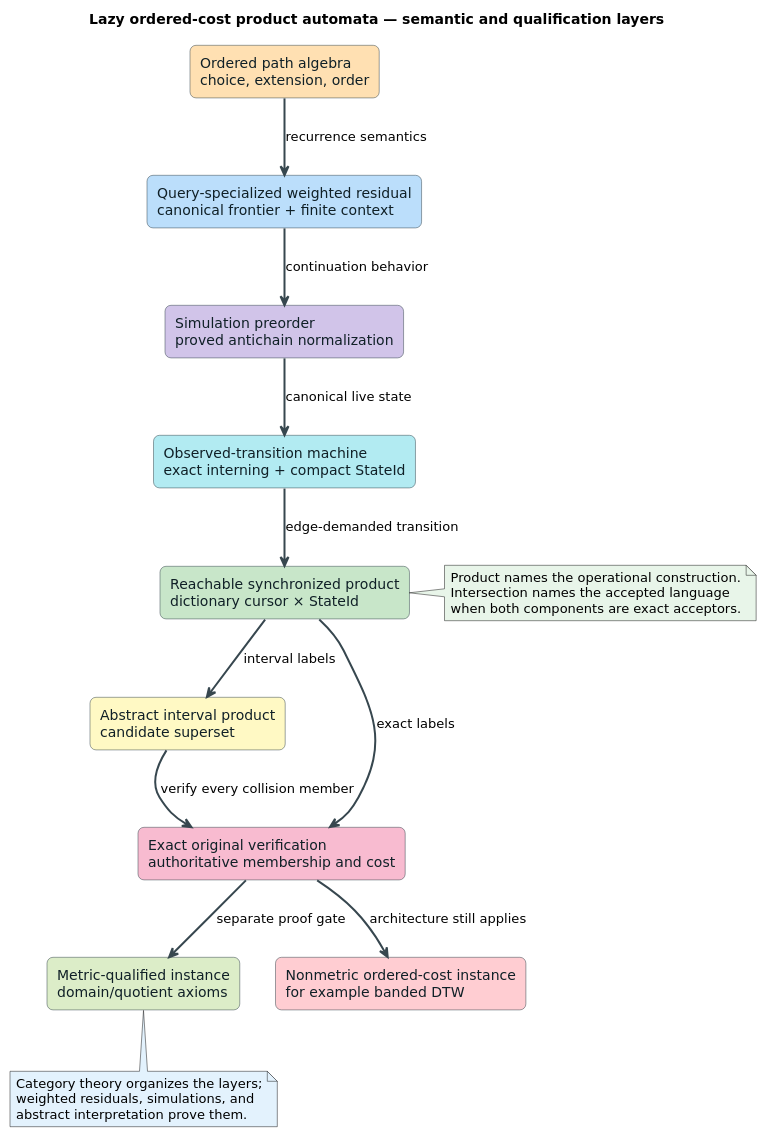
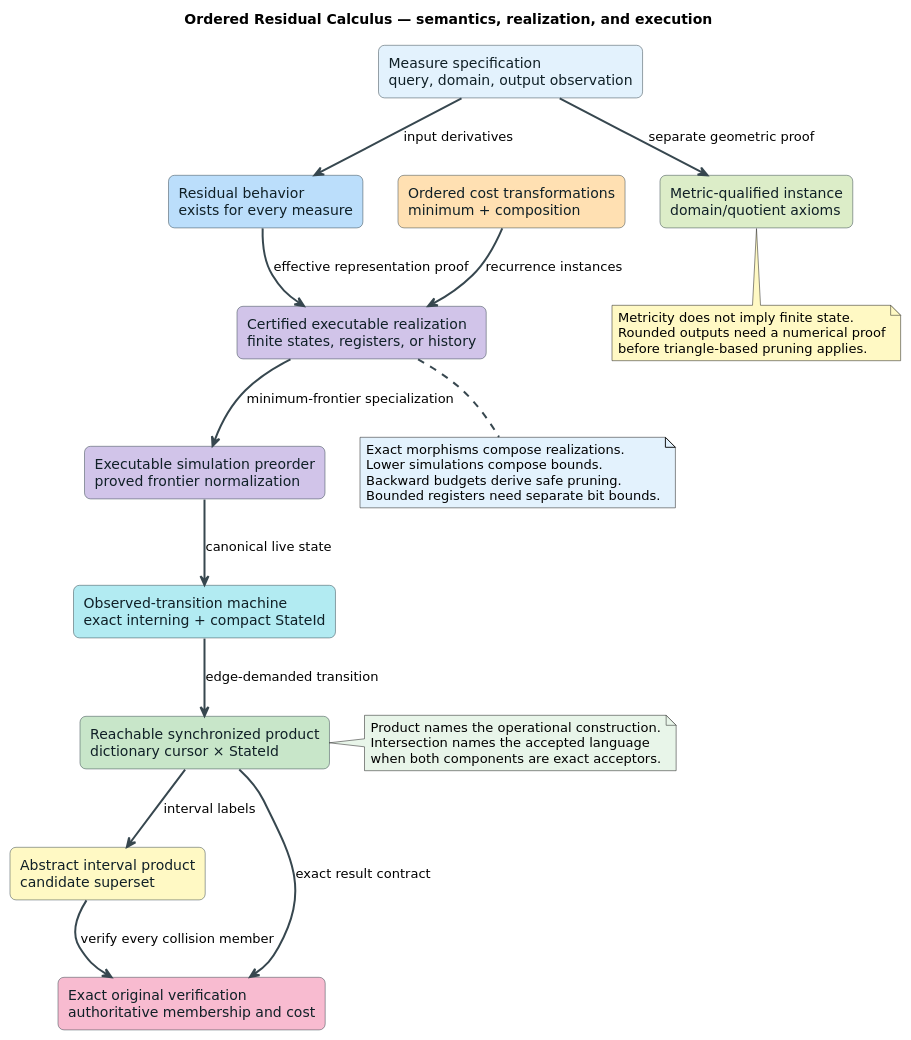
One commit to vinary-tree/liblevenshtein-rust changed the diagram in docs/diagrams/architectures/ordered-cost-theory-layers.puml. Above: the diagram before and after it, drawn with PlantUML. The commit also changed 7 other files, not shown here.

```diff
--- a/docs/diagrams/architectures/ordered-cost-theory-layers.puml
+++ b/docs/diagrams/architectures/ordered-cost-theory-layers.puml
@@ -1,47 +1,56 @@
 @startuml ordered-cost-theory-layers
-' Conceptual layers of the generalized lazy ordered-cost product theory.
+' Ordered Residual Calculus and its lazy product specialization.
 skinparam backgroundColor #FFFFFF
 skinparam shadowing false
 skinparam defaultFontName "DejaVu Sans"
 skinparam rectangle {
   BorderColor #37474F
   FontColor #102027
   RoundCorner 12
 }
 skinparam ArrowColor #37474F
 skinparam ArrowThickness 2
 
-title Lazy ordered-cost product automata — semantic and qualification layers
+title Ordered Residual Calculus — semantics, realization, and execution
 
-rectangle "Ordered path algebra\nchoice, extension, order" as Algebra #FFE0B2
-rectangle "Query-specialized weighted residual\ncanonical frontier + finite context" as Residual #BBDEFB
-rectangle "Simulation preorder\nproved antichain normalization" as Simulation #D1C4E9
+rectangle "Measure specification\nquery, domain, output observation" as Measure #E3F2FD
+rectangle "Residual behavior\nexists for every measure" as Residual #BBDEFB
+rectangle "Ordered cost transformations\nminimum + composition" as Algebra #FFE0B2
+rectangle "Certified executable realization\nfinite states, registers, or history" as Realization #D1C4E9
+rectangle "Executable simulation preorder\nproved frontier normalization" as Simulation #D1C4E9
 rectangle "Observed-transition machine\nexact interning + compact StateId" as Machine #B2EBF2
 rectangle "Reachable synchronized product\ndictionary cursor × StateId" as Product #C8E6C9
 rectangle "Abstract interval product\ncandidate superset" as Abstract #FFF9C4
 rectangle "Exact original verification\nauthoritative membership and cost" as Verify #F8BBD0
 rectangle "Metric-qualified instance\ndomain/quotient axioms" as Metric #DCEDC8
-rectangle "Nonmetric ordered-cost instance\nfor example banded DTW" as Nonmetric #FFCDD2
 
-Algebra --> Residual : recurrence semantics
-Residual --> Simulation : continuation behavior
+Measure --> Residual : input derivatives
+Measure --> Metric : separate geometric proof
+Residual --> Realization : effective representation proof
+Algebra --> Realization : recurrence instances
+Realization --> Simulation : minimum-frontier specialization
 Simulation --> Machine : canonical live state
 Machine --> Product : edge-demanded transition
-Product --> Verify : exact labels
+Product --> Verify : exact result contract
 Product --> Abstract : interval labels
 Abstract --> Verify : verify every collision member
-Verify --> Metric : separate proof gate
-Verify --> Nonmetric : architecture still applies
 
 note right of Product #E8F5E9
   Product names the operational construction.
   Intersection names the accepted language
   when both components are exact acceptors.
 end note
 
-note bottom of Metric #E3F2FD
-  Category theory organizes the layers;
-  weighted residuals, simulations, and
-  abstract interpretation prove them.
+note bottom of Realization #E3F2FD
+  Exact morphisms compose realizations.
+  Lower simulations compose bounds.
+  Backward budgets derive safe pruning.
+  Bounded registers need separate bit bounds.
+end note
+
+note bottom of Metric #FFF9C4
+  Metricity does not imply finite state.
+  Rounded outputs need a numerical proof
+  before triangle-based pruning applies.
 end note
 @enduml
```
